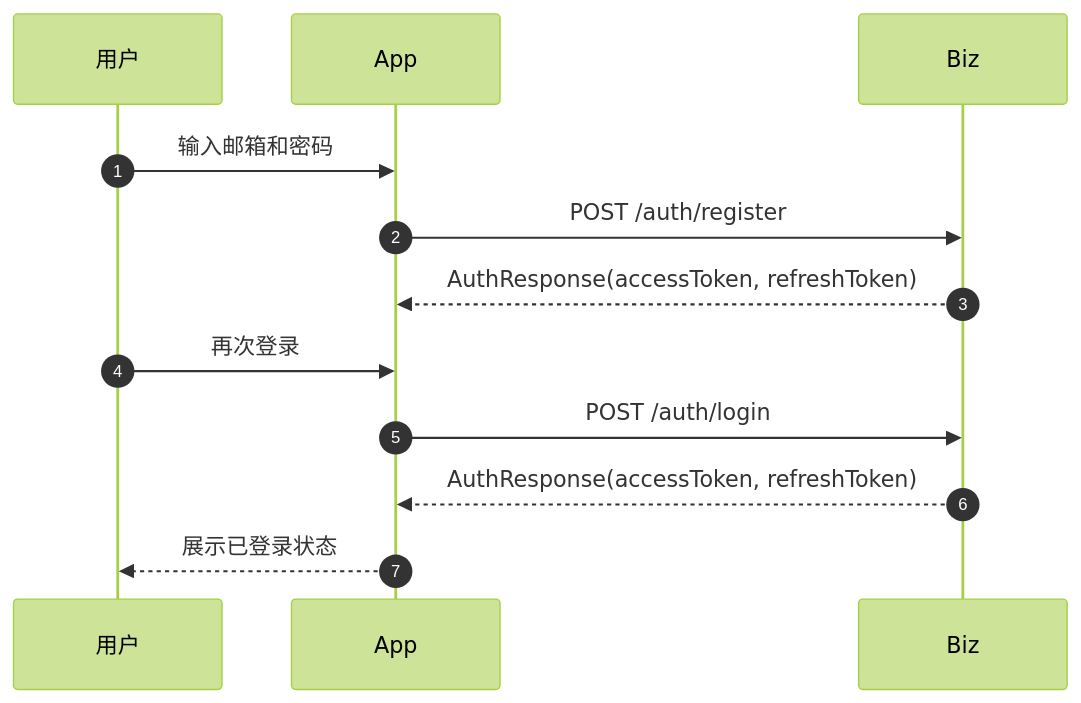
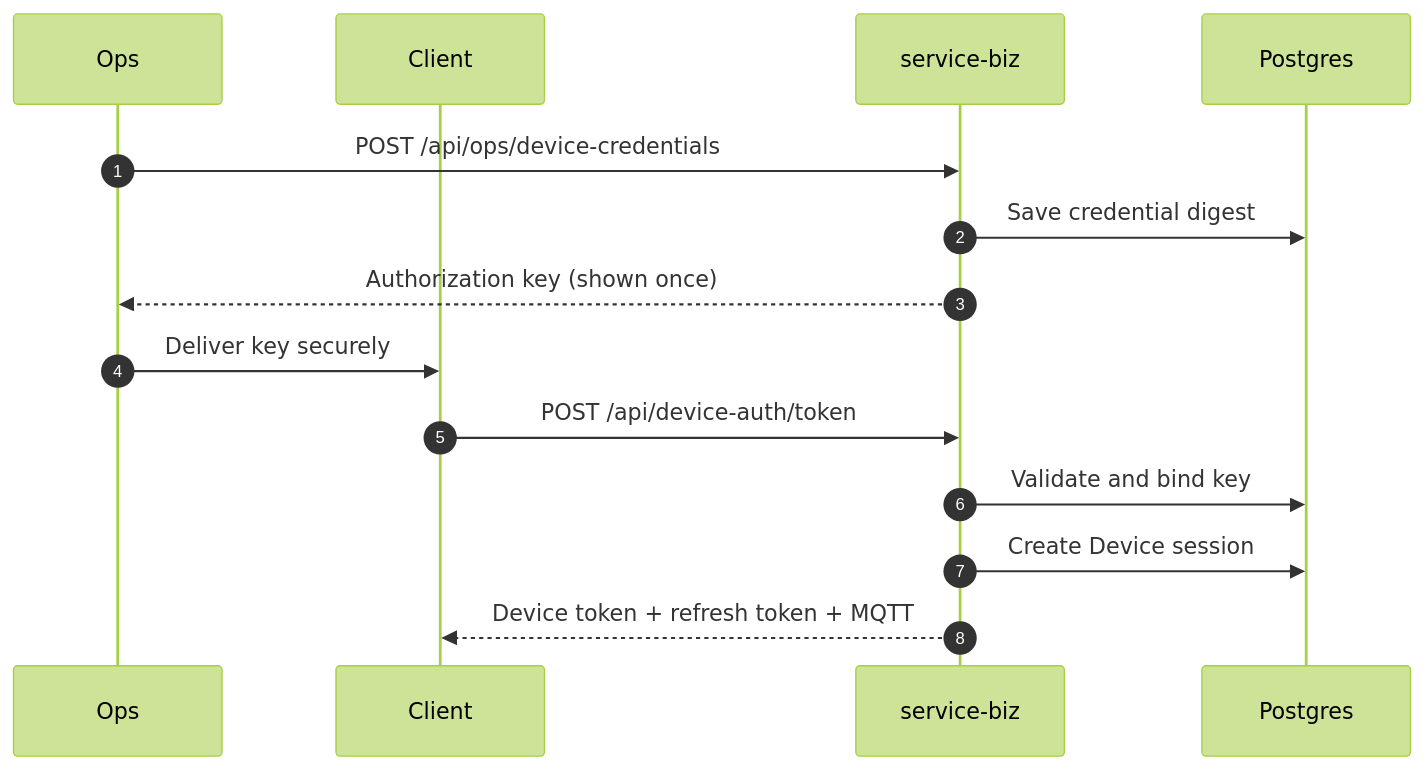
The first of 4 diagrams in docs/architecture/sequence-diagrams.md (thorli9527/slan), drawn with Mermaid (forest theme) before and after one commit. The commit also changed other lines of this file and 1032 other files, not shown here.

````diff
--- a/docs/architecture/sequence-diagrams.md
+++ b/docs/architecture/sequence-diagrams.md
@@ -18,16 +5,17 @@
 ```mermaid
 sequenceDiagram
     autonumber
-    participant User as 用户
-    participant App as App
-    participant Biz as Biz
+    participant Ops
+    participant Client
+    participant Biz as service-biz
+    participant DB as Postgres
 
-    User->>App: 输入邮箱和密码
-    App->>Biz: POST /auth/register
-    Biz-->>App: AuthResponse(accessToken, refreshToken)
-
-    User->>App: 再次登录
-    App->>Biz: POST /auth/login
-    Biz-->>App: AuthResponse(accessToken, refreshToken)
-    App-->>User: 展示已登录状态
+    Ops->>Biz: POST /api/ops/device-credentials
+    Biz->>DB: Save credential digest
+    Biz-->>Ops: Authorization key (shown once)
+    Ops->>Client: Deliver key securely
+    Client->>Biz: POST /api/device-auth/token
+    Biz->>DB: Validate and bind key
+    Biz->>DB: Create Device session
+    Biz-->>Client: Device token + refresh token + MQTT
 ```
````
